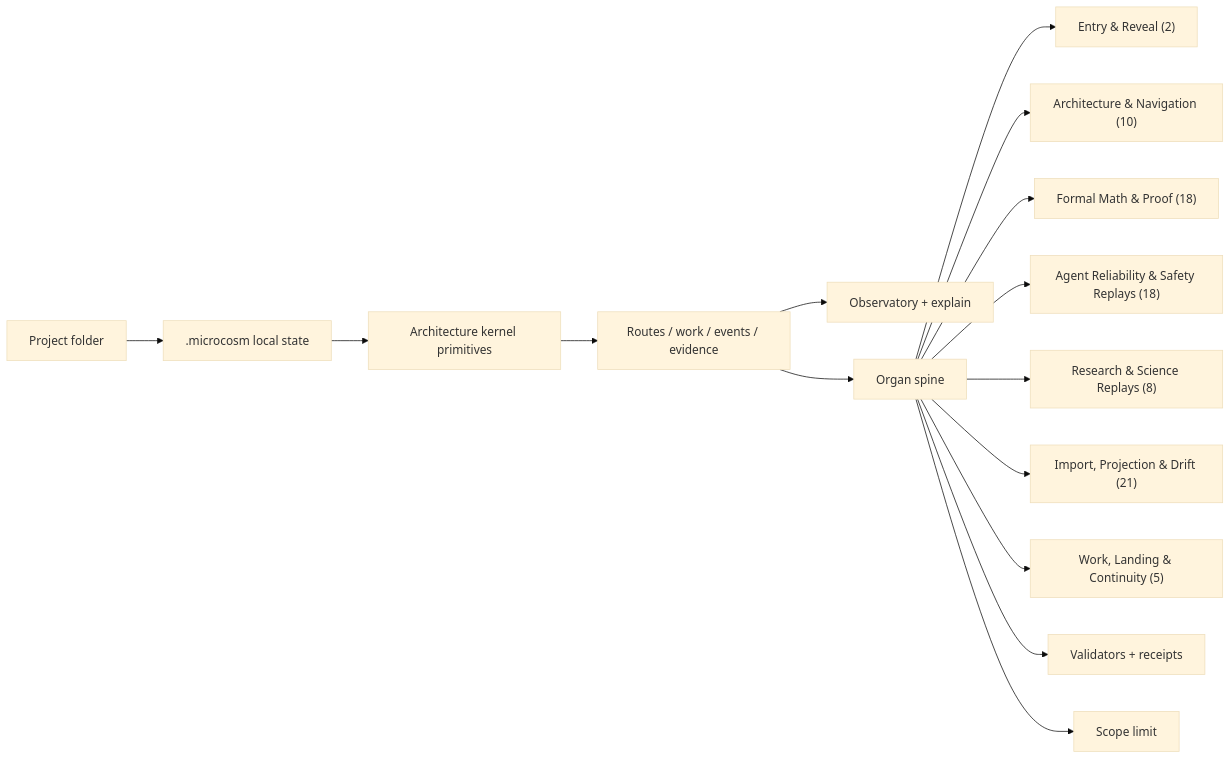
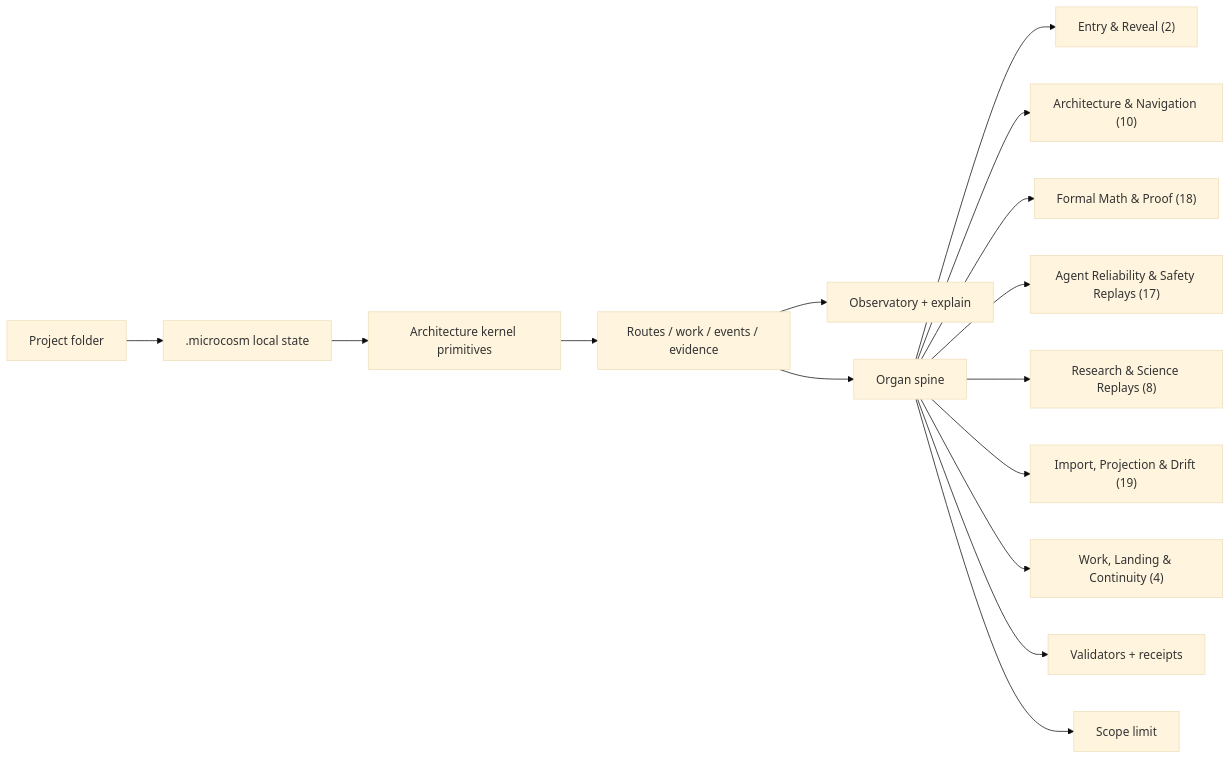
Before and after one commit to wcook04/plectis: the third of 5 diagrams in ARCHITECTURE.md, drawn with Mermaid (base theme). The commit also changed other lines of this file and 700 other files, not shown here.

````diff
--- a/ARCHITECTURE.md
+++ b/ARCHITECTURE.md
@@ -94,17 +94,17 @@
 ```mermaid
 flowchart LR
   P[Project folder] --> M[".microcosm local state"]
   M --> K[Architecture kernel primitives]
   K --> R[Routes / work / events / evidence]
   R --> O[Observatory + explain]
   R --> S[Organ spine]
   S --> EAR["Entry & Reveal (2)"]
   S --> AAN["Architecture & Navigation (10)"]
   S --> FMAP["Formal Math & Proof (18)"]
-  S --> ARAS["Agent Reliability & Safety Replays (18)"]
+  S --> ARAS["Agent Reliability & Safety Replays (17)"]
   S --> RASR["Research & Science Replays (8)"]
-  S --> IPAD["Import, Projection & Drift (21)"]
-  S --> WLAC["Work, Landing & Continuity (5)"]
+  S --> IPAD["Import, Projection & Drift (19)"]
+  S --> WLAC["Work, Landing & Continuity (4)"]
   S --> V[Validators + receipts]
   S --> AC[Scope limit]
 ```
````
